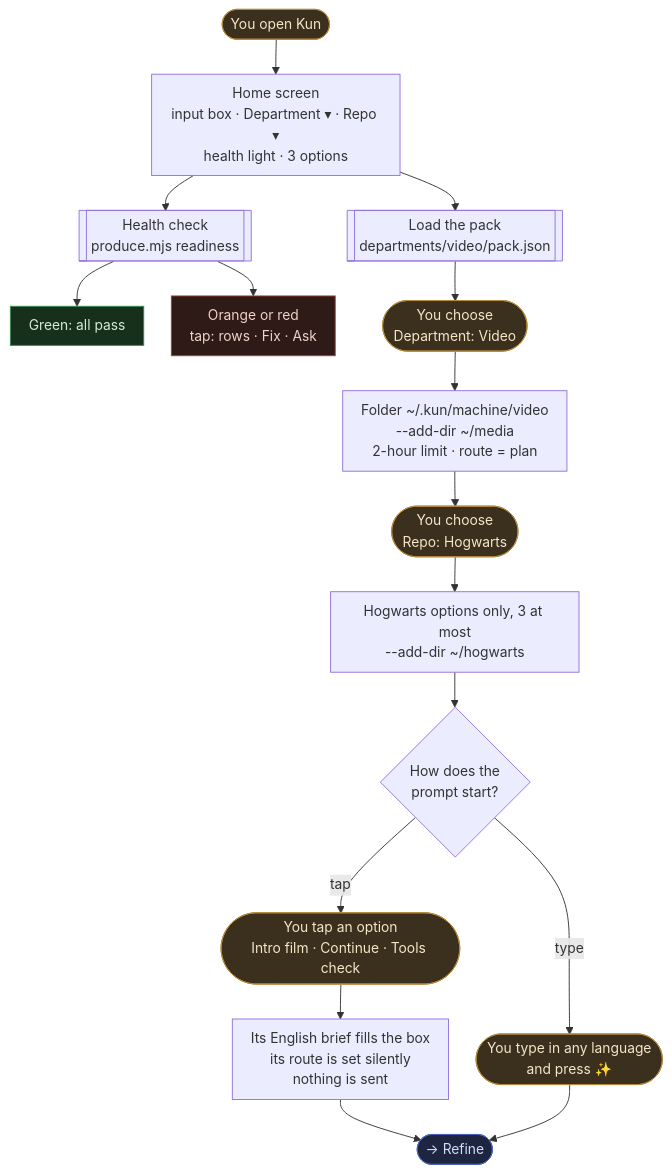
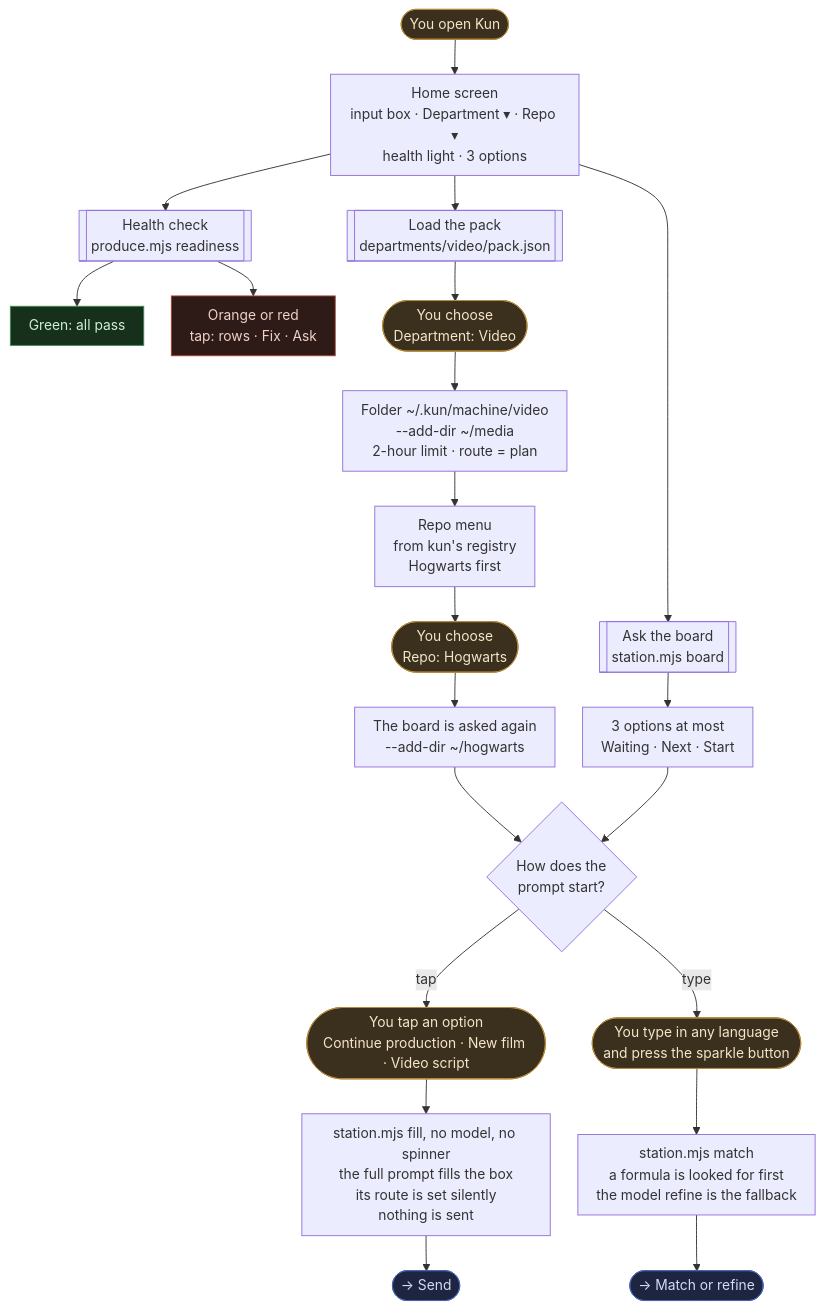
One commit to databayt/kun changed the first of 4 diagrams in content/docs/pipeline.mdx. Above: the diagram before and after it, drawn with Mermaid. The commit also changed other lines of this file and 6 other files, not shown here.

````diff
--- a/content/docs/pipeline.mdx
+++ b/content/docs/pipeline.mdx
@@ -13,26 +14,31 @@
 ```mermaid
 %%{init: {"fontFamily": "Geist, Arial, sans-serif", "themeVariables": {"fontSize": "15px", "fontFamily": "Geist, Arial, sans-serif"}, "flowchart": {"wrappingWidth": 230, "nodeSpacing": 30, "rankSpacing": 38, "padding": 10}}}%%
 flowchart TD
     A(["You open Kun"]):::you
     A --> B["Home screen<br/>input box · Department ▾ · Repo ▾<br/>health light · 3 options"]
     B --> P1[["Load the pack<br/>departments/video/pack.json"]]
     B --> H1[["Health check<br/>produce.mjs readiness"]]
+    B --> S1[["Ask the board<br/>station.mjs board"]]
     H1 --> HG["Green: all pass"]:::ok
     H1 --> HR["Orange or red<br/>tap: rows · Fix · Ask"]:::bad
+    S1 --> S2["3 options at most<br/>Waiting · Next · Start"]
     P1 --> D(["You choose<br/>Department: Video"]):::you
     D --> D1["Folder ~/.kun/machine/video<br/>--add-dir ~/media<br/>2-hour limit · route = plan"]
-    D1 --> R(["You choose<br/>Repo: Hogwarts"]):::you
-    R --> R1["Hogwarts options only, 3 at most<br/>--add-dir ~/hogwarts"]
+    D1 --> RM["Repo menu<br/>from kun's registry<br/>Hogwarts first"]
+    RM --> R(["You choose<br/>Repo: Hogwarts"]):::you
+    R --> R1["The board is asked again<br/>--add-dir ~/hogwarts"]
     R1 --> O{"How does the<br/>prompt start?"}
-    O -- "tap" --> O1(["You tap an option<br/>Intro film · Continue · Tools check"]):::you
-    O -- "type" --> T1(["You type in any language<br/>and press ✨"]):::you
-    O1 --> O2["Its English brief fills the box<br/>its route is set silently<br/>nothing is sent"]
-    O2 --> N(["→ Refine"]):::done
-    T1 --> N
+    S2 --> O
+    O -- "tap" --> O1(["You tap an option<br/>Continue production · New film · Video script"]):::you
+    O -- "type" --> T1(["You type in any language<br/>and press the sparkle button"]):::you
+    O1 --> O2["station.mjs fill, no model, no spinner<br/>the full prompt fills the box<br/>its route is set silently<br/>nothing is sent"]
+    O2 --> N2(["→ Send"]):::done
+    T1 --> T2["station.mjs match<br/>a formula is looked for first<br/>the model refine is the fallback"]
+    T2 --> N(["→ Match or refine"]):::done
 
     classDef you fill:#3b2f1e,stroke:#b58a3c,color:#f5e6c8;
     classDef claude fill:#12312e,stroke:#2f7d72,color:#c6e8e2;
     classDef ok fill:#16301c,stroke:#3c8a4f,color:#cfeed7;
     classDef bad fill:#2e1a16,stroke:#a6432f,color:#f0d2c9;
     classDef done fill:#1d2540,stroke:#4a63b5,color:#d4dcf5;
 ```
````
